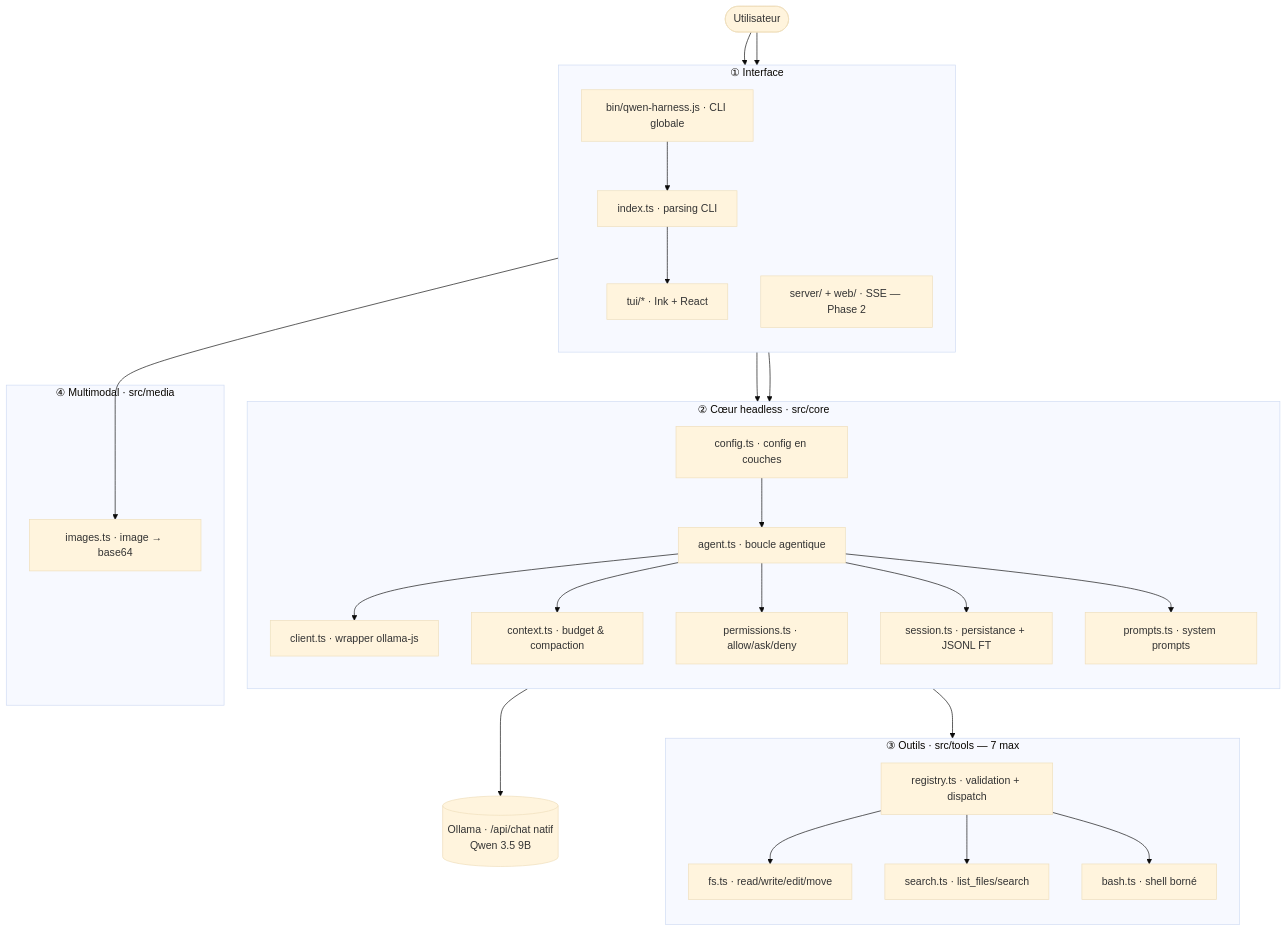
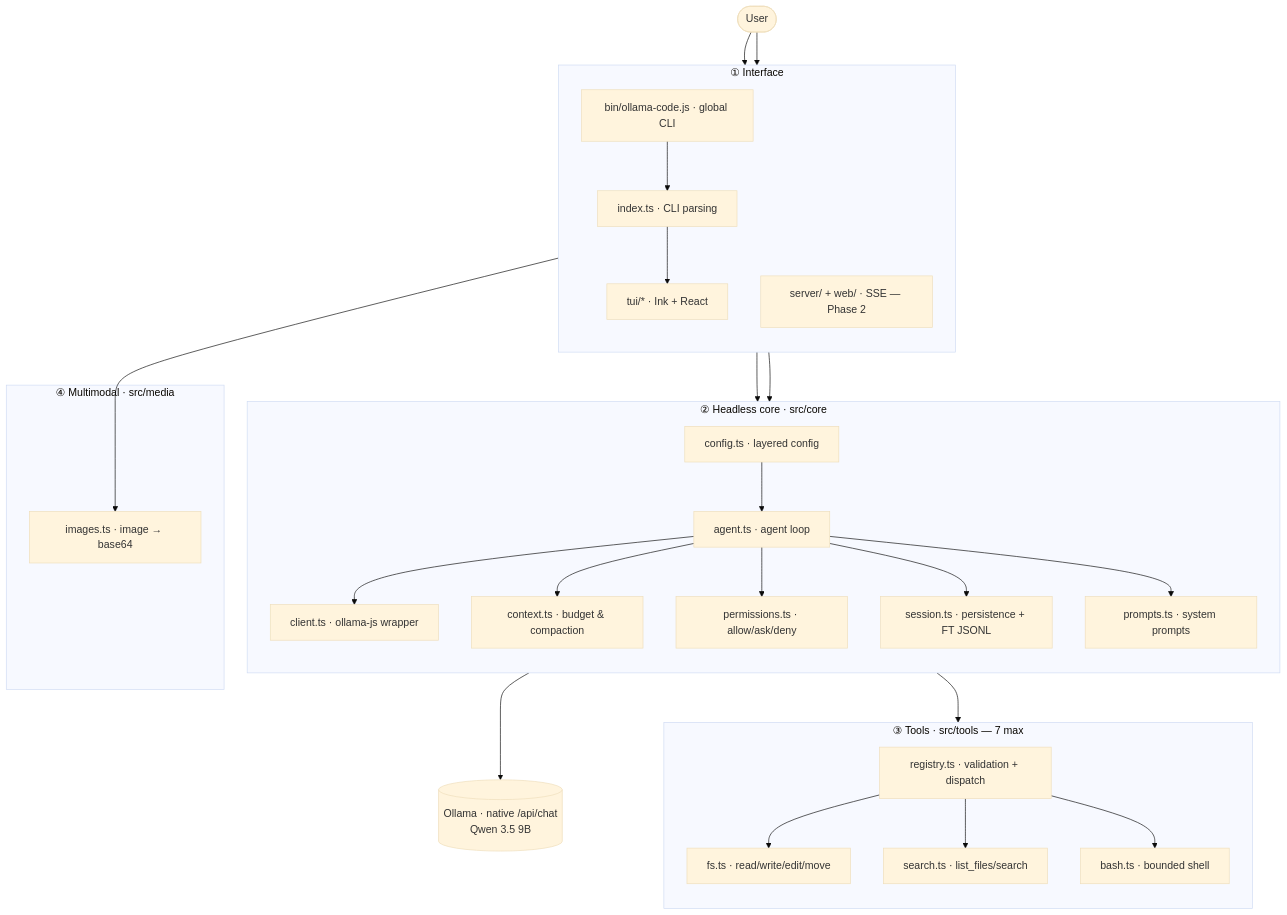
One commit to Tromset/Ollama-Code changed the second of 10 diagrams in DOCUMENTATION.md. Above: the diagram before and after it, drawn with Mermaid (base theme). The commit also changed other lines of this file and 19 other files, not shown here.

First line of the commit message:
chore: rename qwen-harness to ollama-code; global command + install docs

````diff
--- a/DOCUMENTATION.md
+++ b/DOCUMENTATION.md
@@ -120,56 +120,56 @@
 ```mermaid
 flowchart TB
-    U([Utilisateur])
+    U([User])
 
     subgraph L1["① Interface"]
         direction TB
-        BIN["bin/qwen-harness.js · CLI globale"]
-        CLI["index.ts · parsing CLI"]
+        BIN["bin/ollama-code.js · global CLI"]
+        CLI["index.ts · CLI parsing"]
         TUI["tui/* · Ink + React"]
         WEB["server/ + web/ · SSE — Phase 2"]
     end
 
-    subgraph L2["② Cœur headless · src/core"]
+    subgraph L2["② Headless core · src/core"]
         direction TB
-        AGENT["agent.ts · boucle agentique"]
-        CLIENT["client.ts · wrapper ollama-js"]
+        AGENT["agent.ts · agent loop"]
+        CLIENT["client.ts · ollama-js wrapper"]
         CTX["context.ts · budget & compaction"]
         PERM["permissions.ts · allow/ask/deny"]
-        SESS["session.ts · persistance + JSONL FT"]
+        SESS["session.ts · persistence + FT JSONL"]
         PROMPTS["prompts.ts · system prompts"]
-        CONFIG["config.ts · config en couches"]
+        CONFIG["config.ts · layered config"]
     end
 
-    subgraph L3["③ Outils · src/tools — 7 max"]
+    subgraph L3["③ Tools · src/tools — 7 max"]
         direction TB
         REG["registry.ts · validation + dispatch"]
         FS["fs.ts · read/write/edit/move"]
         SEARCH["search.ts · list_files/search"]
-        BASH["bash.ts · shell borné"]
+        BASH["bash.ts · bounded shell"]
     end
 
     subgraph L4["④ Multimodal · src/media"]
         IMG["images.ts · image → base64"]
     end
 
-    O[("Ollama · /api/chat natif<br/>Qwen 3.5 9B")]
+    O[("Ollama · native /api/chat<br/>Qwen 3.5 9B")]
 
     U --> CLI
     U --> BIN
     BIN --> CLI
     CLI --> TUI
     TUI --> AGENT
     WEB --> AGENT
     AGENT --> CLIENT
     CLIENT --> O
     AGENT --> CTX
     AGENT --> PERM
     AGENT --> SESS
     AGENT --> PROMPTS
     AGENT --> REG
     REG --> FS
     REG --> SEARCH
     REG --> BASH
     TUI --> IMG
     CONFIG --> AGENT
 ```
````
